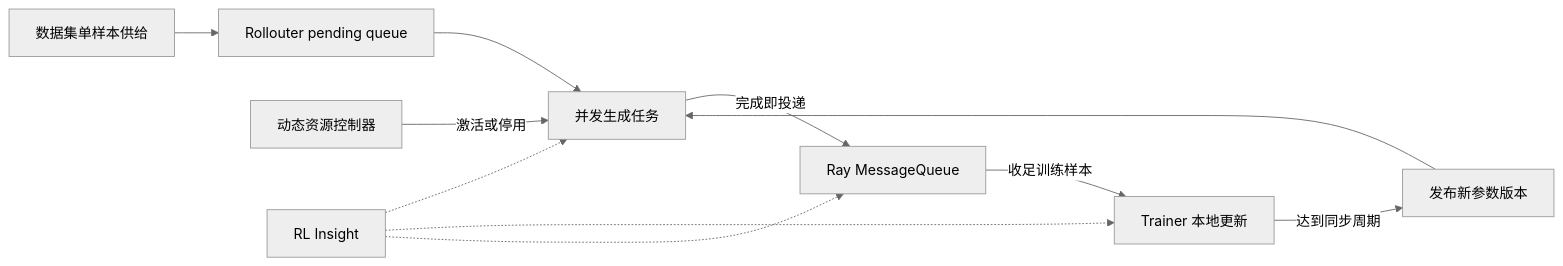
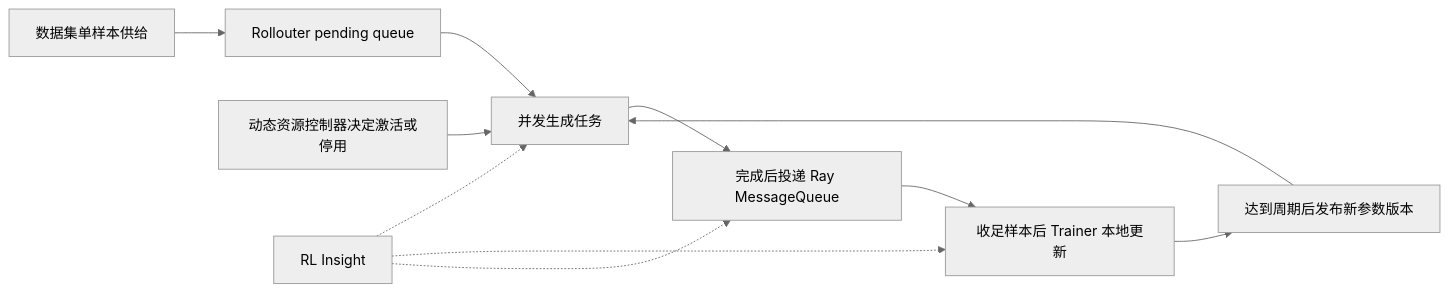
Before and after one commit to suhaibo666/llm-knowledge: the diagram in wiki/02_engineering/04_posttrain_frameworks/verl/22_verl_fully_async_dynamic_schedule_deepdive.md, drawn with Mermaid (neutral theme). The commit also changed other lines of this file and 30 other files, not shown here.

````diff
--- a/wiki/02_engineering/04_posttrain_frameworks/verl/22_verl_fully_async_dynamic_schedule_deepdive.md
+++ b/wiki/02_engineering/04_posttrain_frameworks/verl/22_verl_fully_async_dynamic_schedule_deepdive.md
@@ -37,13 +38,13 @@
 ```mermaid
 flowchart LR
     D["数据集单样本供给"] --> P["Rollouter pending queue"]
     P --> G["并发生成任务"]
-    G -->|完成即投递| M["Ray MessageQueue"]
-    M -->|收足训练样本| T["Trainer 本地更新"]
-    T -->|达到同步周期| W["发布新参数版本"]
+    G --> M["完成后投递 Ray MessageQueue"]
+    M --> T["收足样本后 Trainer 本地更新"]
+    T --> W["达到周期后发布新参数版本"]
     W --> G
-    C["动态资源控制器"] -->|激活或停用| G
+    C["动态资源控制器决定激活或停用"] --> G
     O["RL Insight"] -.-> G
     O -.-> T
     O -.-> M
 ```
````
